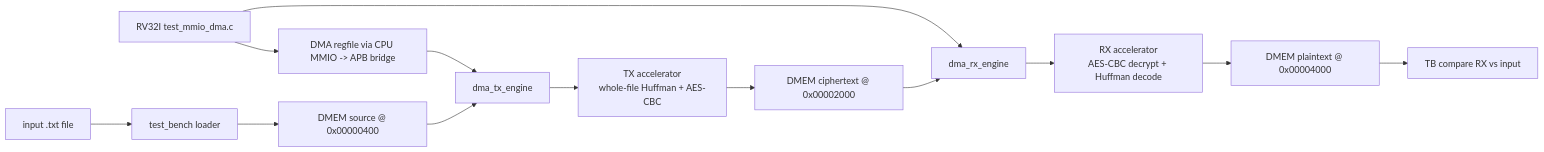
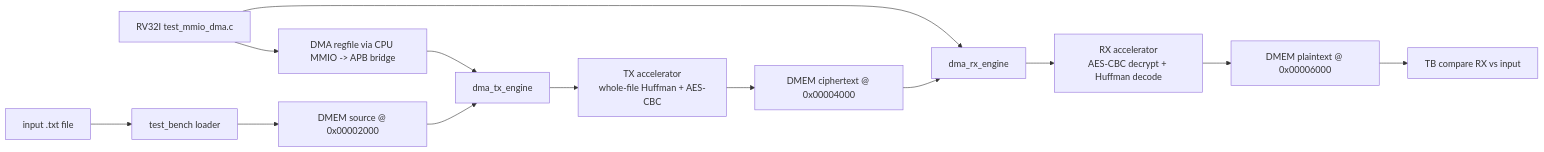
The diagram in docs/soc_4_5_end_to_end_report.md (ngoquocan139/AES_huffman_all6), drawn with Mermaid before and after one commit. The commit also changed other lines of this file and 61 other files, not shown here.

````diff
--- a/docs/soc_4_5_end_to_end_report.md
+++ b/docs/soc_4_5_end_to_end_report.md
@@ -47,15 +47,15 @@
 ```mermaid
 flowchart LR
   TXT["input .txt file"] --> TB["test_bench loader"]
-  TB --> SRC["DMEM source @ 0x00000400"]
+  TB --> SRC["DMEM source @ 0x00002000"]
   CPU["RV32I test_mmio_dma.c"] --> REG["DMA regfile via CPU MMIO -> APB bridge"]
   REG --> TXDMA["dma_tx_engine"]
   SRC --> TXDMA
   TXDMA --> TX["TX accelerator\nwhole-file Huffman + AES-CBC"]
-  TX --> CT["DMEM ciphertext @ 0x00002000"]
+  TX --> CT["DMEM ciphertext @ 0x00004000"]
   CPU --> RXDMA["dma_rx_engine"]
   CT --> RXDMA
   RXDMA --> RX["RX accelerator\nAES-CBC decrypt + Huffman decode"]
-  RX --> OUT["DMEM plaintext @ 0x00004000"]
+  RX --> OUT["DMEM plaintext @ 0x00006000"]
   OUT --> CMP["TB compare RX vs input"]
 ```
````
